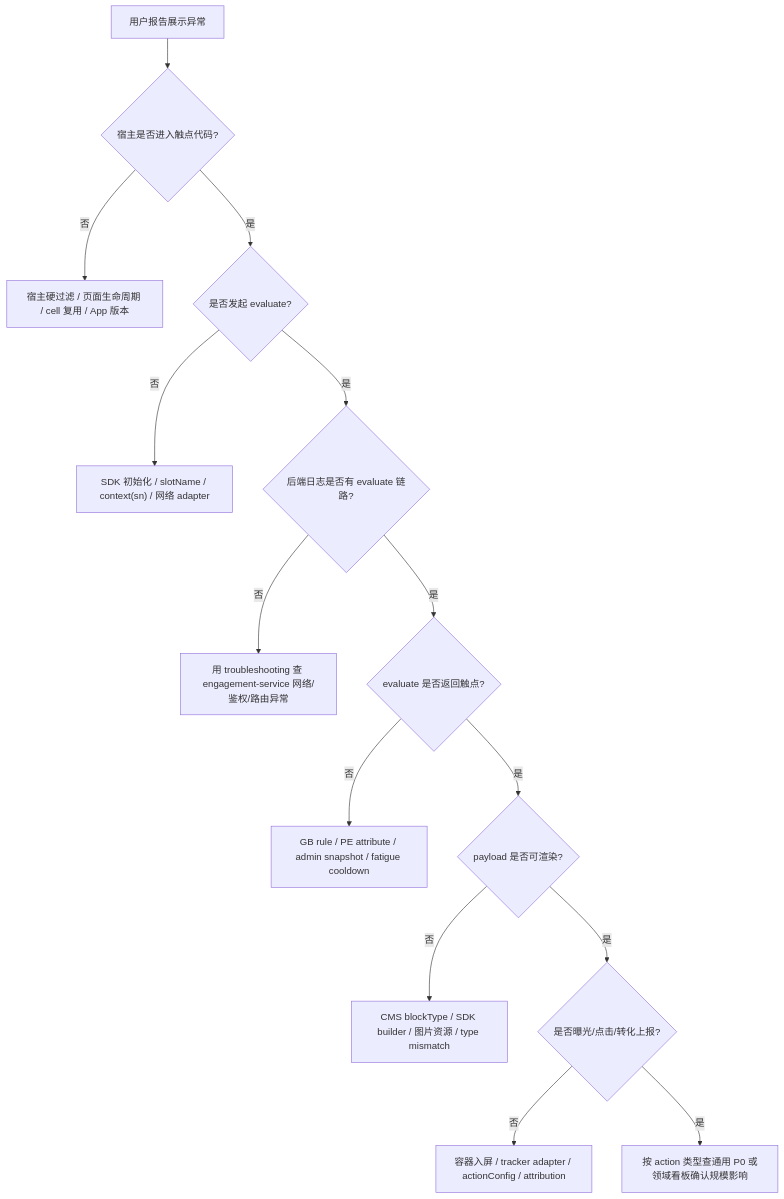
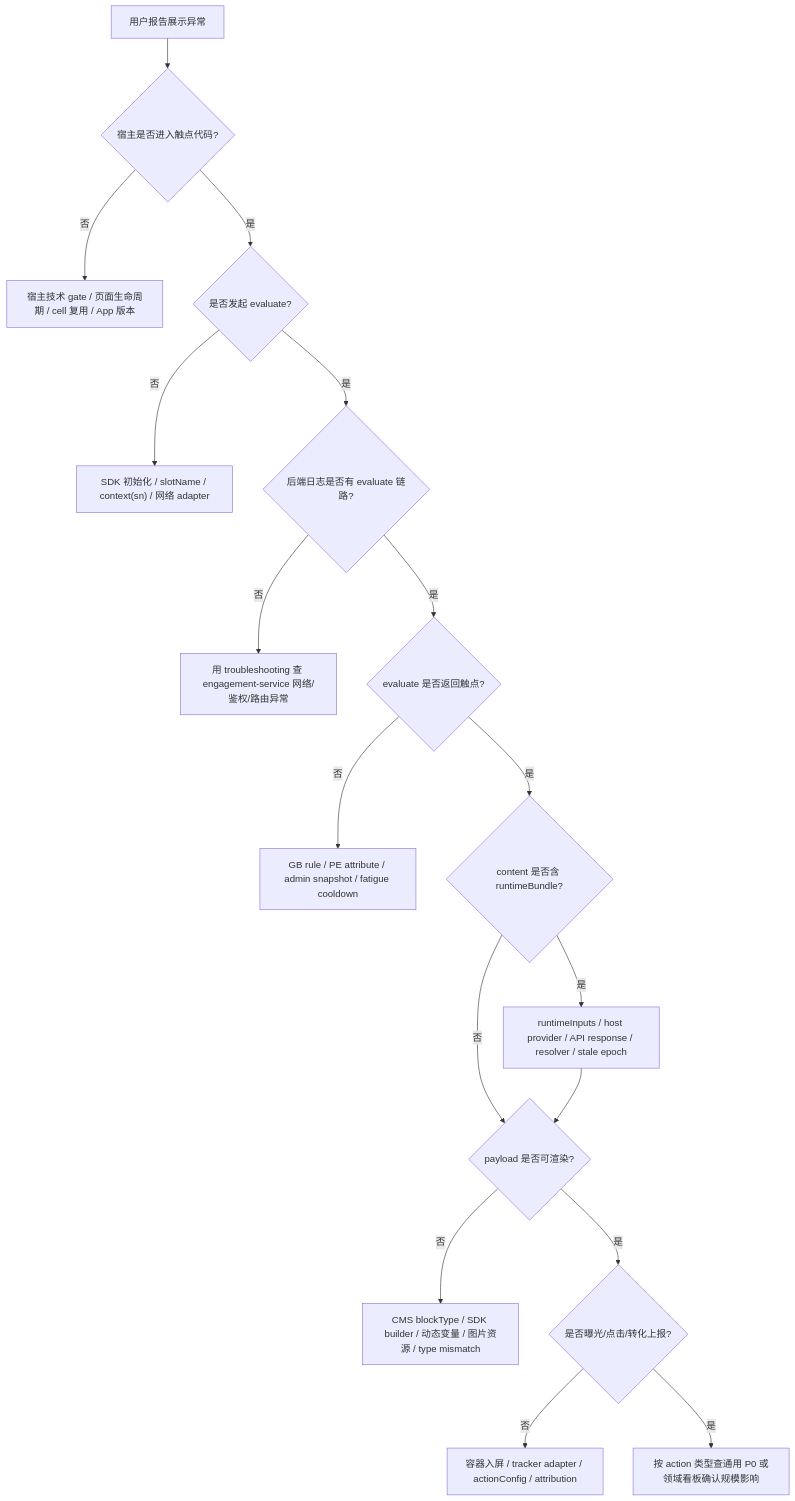
One commit to Crucifixion-Fxl/skills-manager-backup changed the diagram in engagement-touchpoint-integration/references/touchpoint-troubleshooting.md. Above: the diagram before and after it, drawn with Mermaid. The commit also changed other lines of this file and 187 other files, not shown here.

````diff
--- a/engagement-touchpoint-integration/references/touchpoint-troubleshooting.md
+++ b/engagement-touchpoint-integration/references/touchpoint-troubleshooting.md
@@ -46,16 +51,19 @@
 ```mermaid
 flowchart TD
   A["用户报告展示异常"] --> B{"宿主是否进入触点代码?"}
-  B -->|否| B1["宿主硬过滤 / 页面生命周期 / cell 复用 / App 版本"]
+  B -->|否| B1["宿主技术 gate / 页面生命周期 / cell 复用 / App 版本"]
   B -->|是| C{"是否发起 evaluate?"}
   C -->|否| C1["SDK 初始化 / slotName / context(sn) / 网络 adapter"]
   C -->|是| D{"后端日志是否有 evaluate 链路?"}
   D -->|否| D1["用 troubleshooting 查 engagement-service 网络/鉴权/路由异常"]
   D -->|是| E{"evaluate 是否返回触点?"}
   E -->|否| E1["GB rule / PE attribute / admin snapshot / fatigue cooldown"]
-  E -->|是| F{"payload 是否可渲染?"}
-  F -->|否| F1["CMS blockType / SDK builder / 图片资源 / type mismatch"]
+  E -->|是| R{"content 是否含 runtimeBundle?"}
+  R -->|是| R1["runtimeInputs / host provider / API response / resolver / stale epoch"]
+  R -->|否| F{"payload 是否可渲染?"}
+  R1 --> F
+  F -->|否| F1["CMS blockType / SDK builder / 动态变量 / 图片资源 / type mismatch"]
   F -->|是| G{"是否曝光/点击/转化上报?"}
   G -->|否| G1["容器入屏 / tracker adapter / actionConfig / attribution"]
   G -->|是| H["按 action 类型查通用 P0 或领域看板确认规模影响"]
 ```
````
